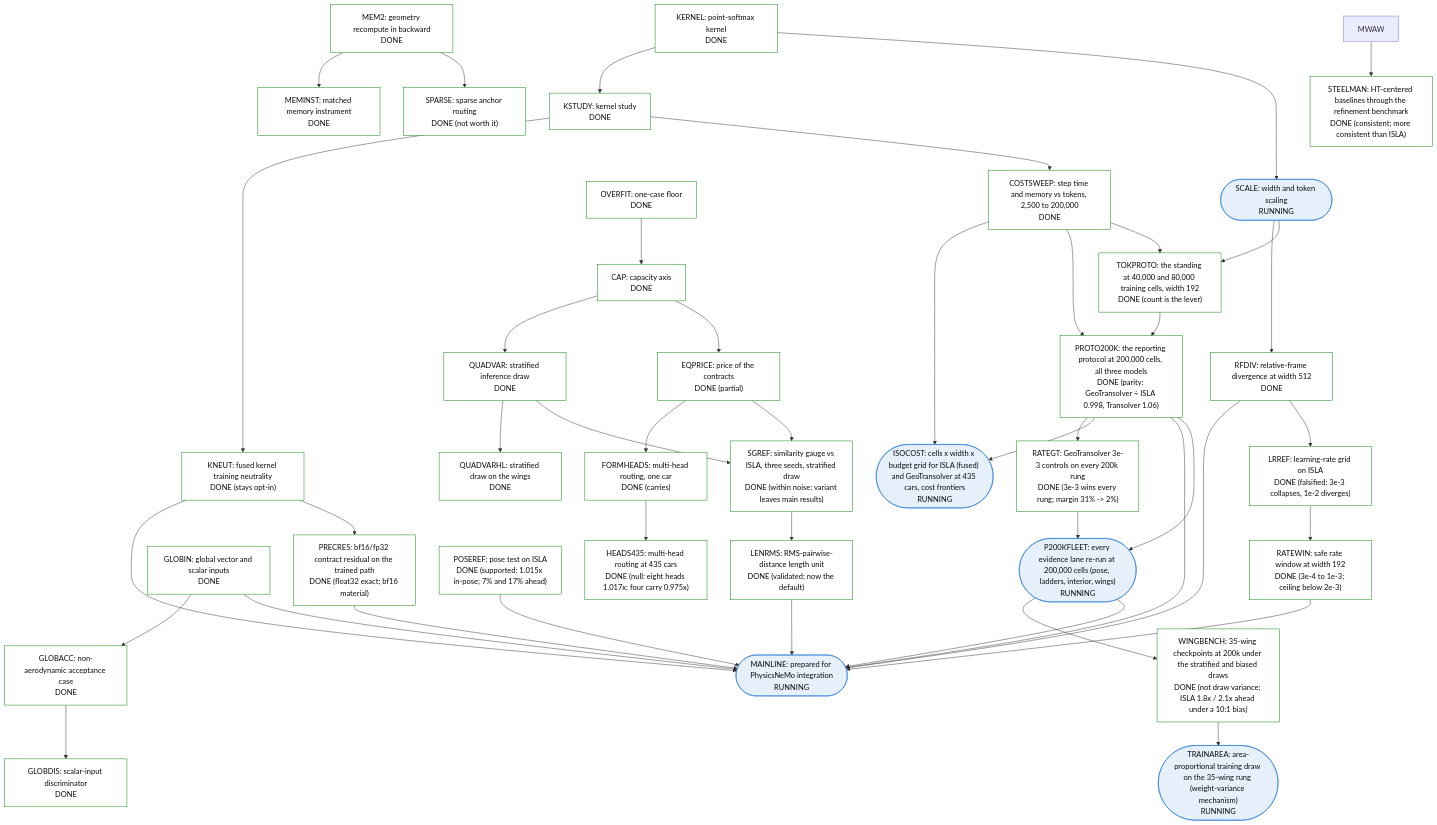
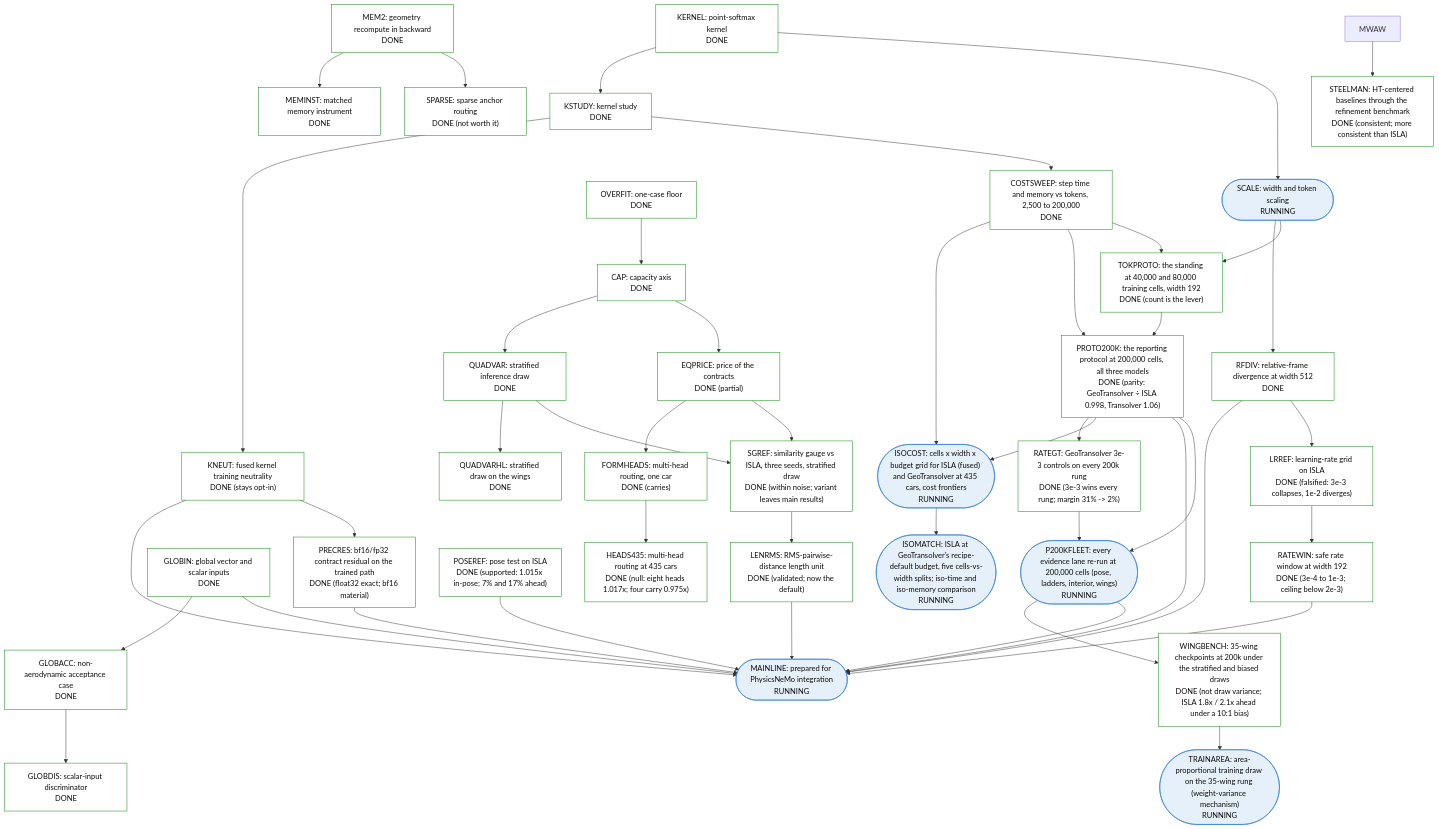
One commit to peterdsharpe/physicsnemo changed the fifth of 5 diagrams in examples/cfd/mesh_transformer/book/13-program-status.qmd. Above: the diagram before and after it, drawn with Mermaid. The commit also changed other lines of this file and 5 other files, not shown here.

```diff
--- a/examples/cfd/mesh_transformer/book/13-program-status.qmd
+++ b/examples/cfd/mesh_transformer/book/13-program-status.qmd
@@ -313,6 +313,7 @@
     LRREF["LRREF: learning-rate grid on ISLA<br/>DONE (falsified: 3e-3 collapses, 1e-2 diverges)"]:::done
     RATEWIN["RATEWIN: safe rate window at width 192<br/>DONE (3e-4 to 1e-3; ceiling below 2e-3)"]:::done
     TRAINAREA(["TRAINAREA: area-proportional training draw on the 35-wing rung (weight-variance mechanism)<br/>RUNNING"]):::running
+    ISOMATCH(["ISOMATCH: ISLA at GeoTransolver's recipe-default budget, five cells-vs-width splits; iso-time and iso-memory comparison<br/>RUNNING"]):::running
     ISOCOST(["ISOCOST: cells x width x budget grid for ISLA (fused) and GeoTransolver at 435 cars, cost frontiers<br/>RUNNING"]):::running
     WINGBENCH["WINGBENCH: 35-wing checkpoints at 200k under the stratified and biased draws<br/>DONE (not draw variance; ISLA 1.8x / 2.1x ahead under a 10:1 bias)"]:::done
     RATEGT["RATEGT: GeoTransolver 3e-3 controls on every 200k rung<br/>DONE (3e-3 wins every rung; margin 31% -> 2%)"]:::done
@@ -352,6 +353,7 @@
     WINGBENCH --> TRAINAREA
     PROTO200K --> ISOCOST
     COSTSWEEP --> ISOCOST
+    ISOCOST --> ISOMATCH
     RATEWIN --> MAINLINE
     SGREF --> LENRMS
     LENRMS --> MAINLINE
```
